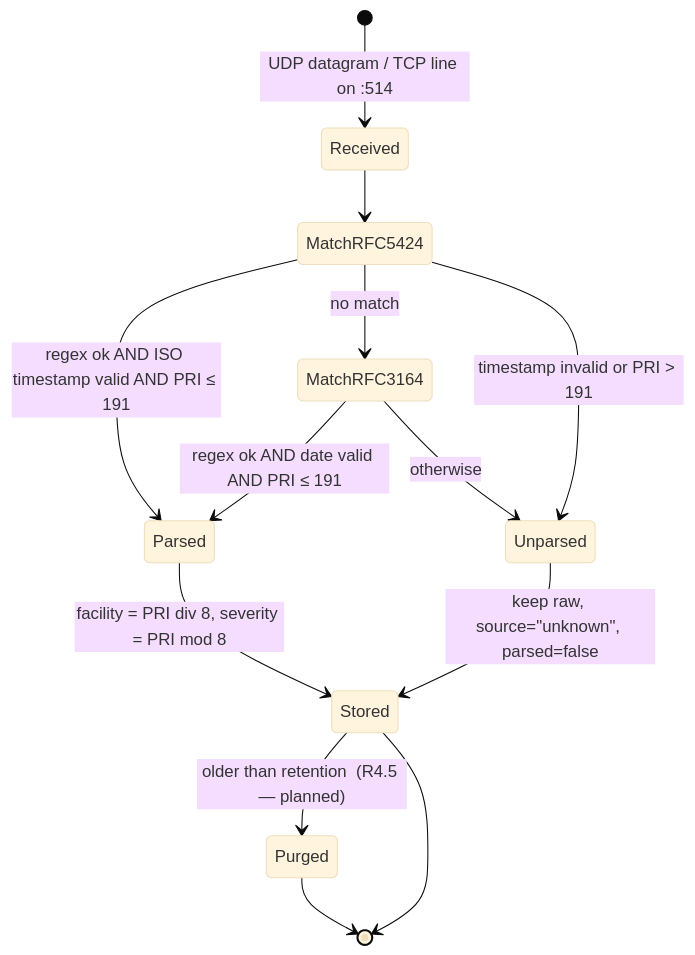
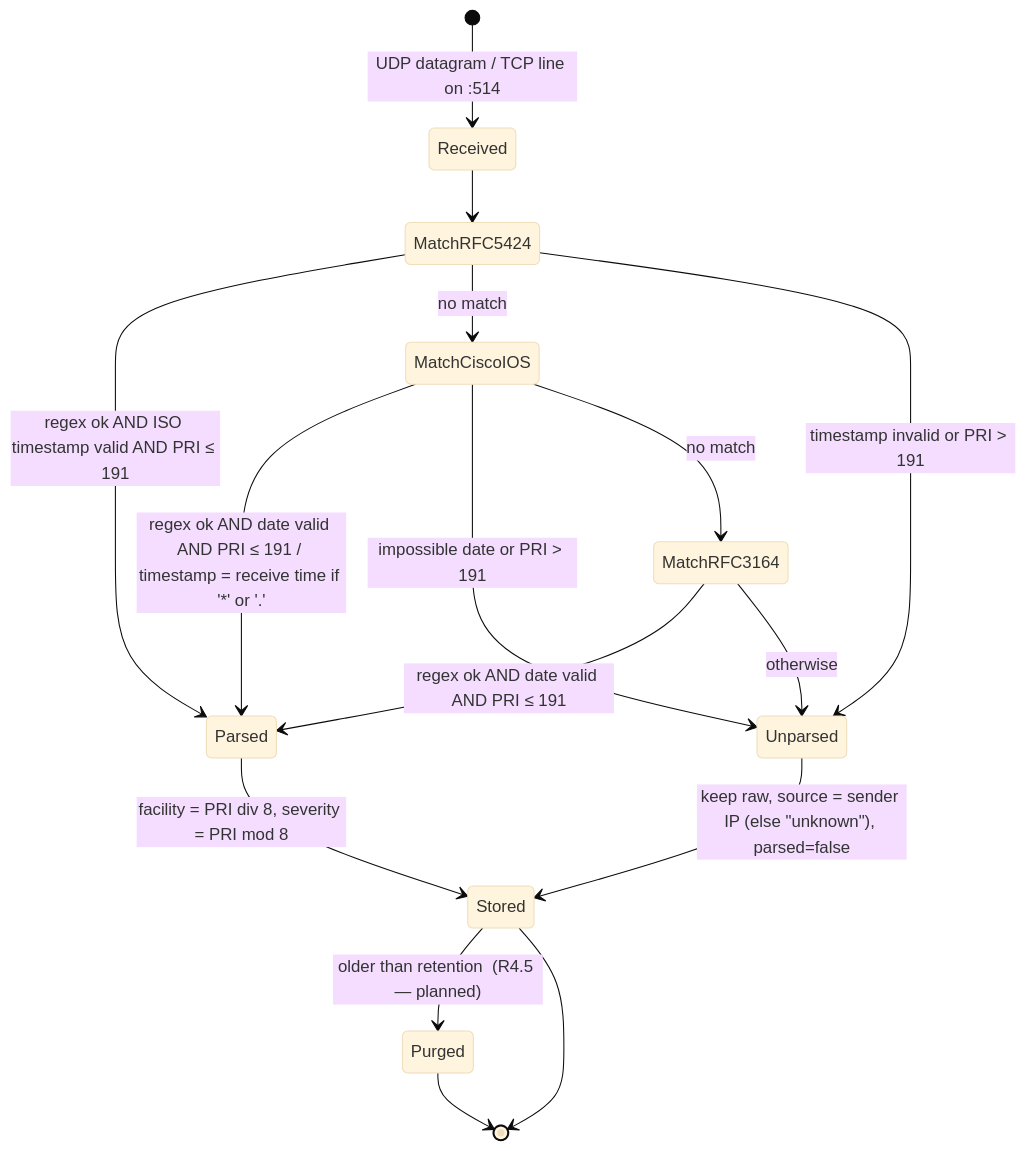
The fourth of 7 diagrams in docs/design/statecharts.md (SeidaSecurity/CS-4398F26), drawn with Mermaid (base theme) before and after one commit. The commit also changed 4 other files, not shown here.

Commit message:
add severity checks for parsed messages and update state charts

````diff
--- a/docs/design/statecharts.md
+++ b/docs/design/statecharts.md
@@ -74,15 +74,18 @@
 ```mermaid
 stateDiagram-v2
     [*] --> Received : UDP datagram / TCP line on :514
     Received --> MatchRFC5424
     MatchRFC5424 --> Parsed : regex ok AND ISO timestamp valid AND PRI ≤ 191
-    MatchRFC5424 --> MatchRFC3164 : no match
+    MatchRFC5424 --> MatchCiscoIOS : no match
     MatchRFC5424 --> Unparsed : timestamp invalid or PRI > 191
+    MatchCiscoIOS --> Parsed : regex ok AND date valid AND PRI ≤ 191 / timestamp = receive time if '*' or '.'
+    MatchCiscoIOS --> Unparsed : impossible date or PRI > 191
+    MatchCiscoIOS --> MatchRFC3164 : no match
     MatchRFC3164 --> Parsed : regex ok AND date valid AND PRI ≤ 191
     MatchRFC3164 --> Unparsed : otherwise
     Parsed --> Stored : facility = PRI div 8, severity = PRI mod 8
-    Unparsed --> Stored : keep raw, source="unknown", parsed=false
+    Unparsed --> Stored : keep raw, source = sender IP (else "unknown"), parsed=false
     Stored --> Purged : older than retention  (R4.5 — planned)
     Stored --> [*]
     Purged --> [*]
 ```
````
